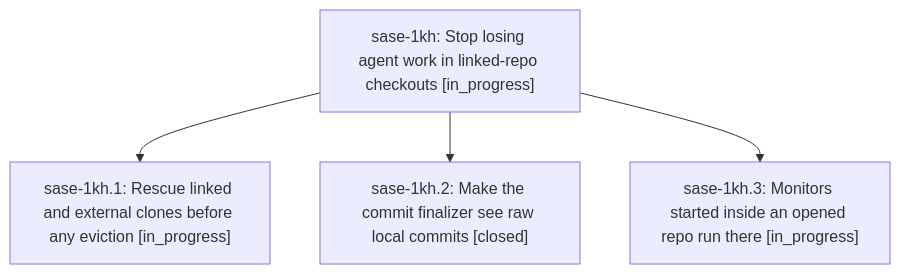
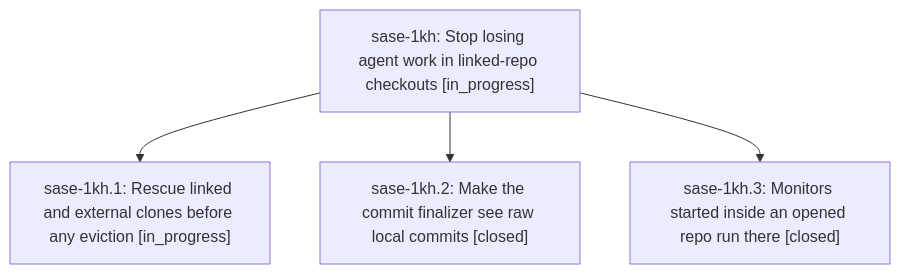
Before and after one commit to sase-org/sase--beads: the diagram in pages/sase-1kh/README.md, drawn with Mermaid. The commit also changed other lines of this file and 2 other files, not shown here.

First line of the commit message:
chore(beads): sync bead state and pages for sase-1kh

````diff
--- a/pages/sase-1kh/README.md
+++ b/pages/sase-1kh/README.md
@@ -36,10 +36,10 @@
 ```mermaid
 flowchart TD
     n0["sase-1kh: Stop losing agent work in linked-repo checkouts [in_progress]"]
     n1["sase-1kh.1: Rescue linked and external clones before any eviction [in_progress]"]
     n2["sase-1kh.2: Make the commit finalizer see raw local commits [closed]"]
-    n3["sase-1kh.3: Monitors started inside an opened repo run there [in_progress]"]
+    n3["sase-1kh.3: Monitors started inside an opened repo run there [closed]"]
     n0 --> n1
     n0 --> n2
     n0 --> n3
 ```
````
